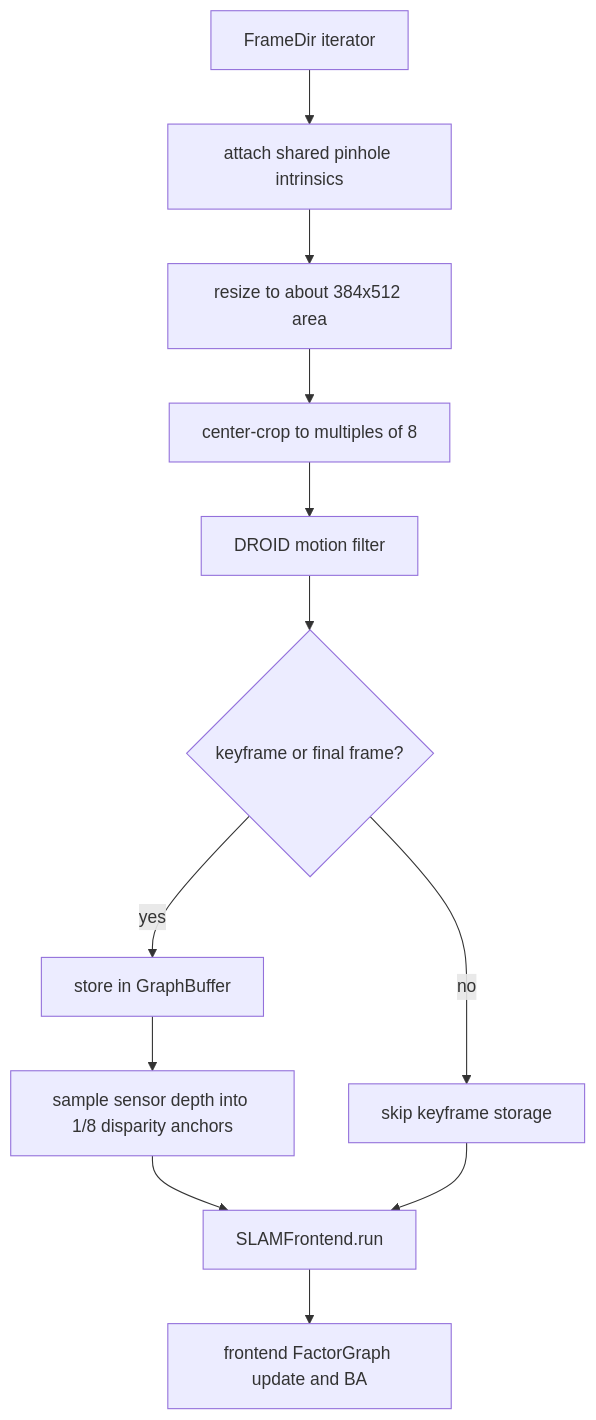
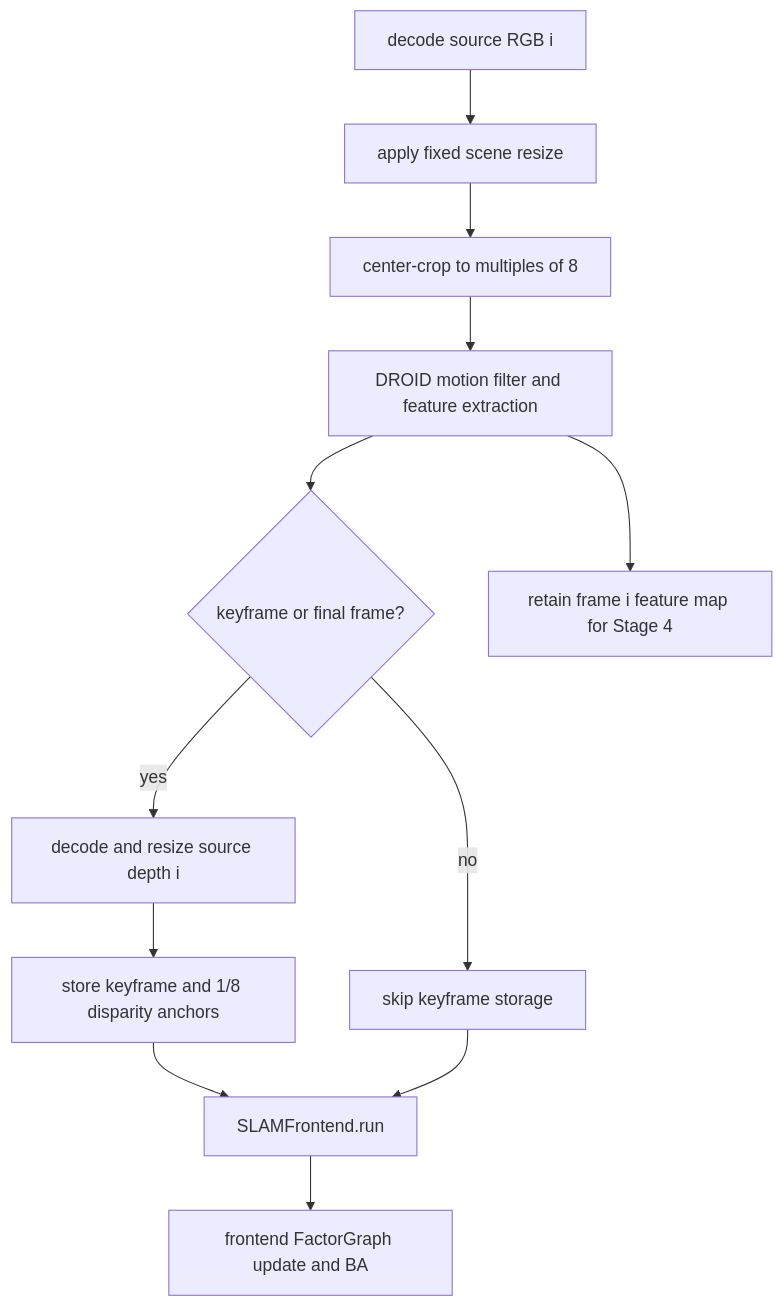
Before and after one commit to sadanand1120/vipe: the second of 5 diagrams in fullexplain.md, drawn with Mermaid. The commit also changed other lines of this file and 19 other files, not shown here.

Commit message:
Lean runtime stream and pipeline flow

````diff
--- a/fullexplain.md
+++ b/fullexplain.md
@@ -355,14 +112,14 @@
 ```mermaid
 flowchart TD
-    A[FrameDir iterator] --> B[attach shared pinhole intrinsics]
-    B --> C[resize to about 384x512 area]
-    C --> D[center-crop to multiples of 8]
-    D --> E[DROID motion filter]
+    A[decode source RGB i] --> B[apply fixed scene resize]
+    B --> C[center-crop to multiples of 8]
+    C --> E[DROID motion filter and feature extraction]
     E --> F{keyframe or final frame?}
-    F -->|yes| G[store in GraphBuffer]
-    G --> H[sample sensor depth into 1/8 disparity anchors]
+    F -->|yes| G[decode and resize source depth i]
+    G --> H[store keyframe and 1/8 disparity anchors]
     F -->|no| I[skip keyframe storage]
     H --> J[SLAMFrontend.run]
     I --> J
     J --> K[frontend FactorGraph update and BA]
+    E --> L[retain frame i feature map for Stage 4]
 ```
````
